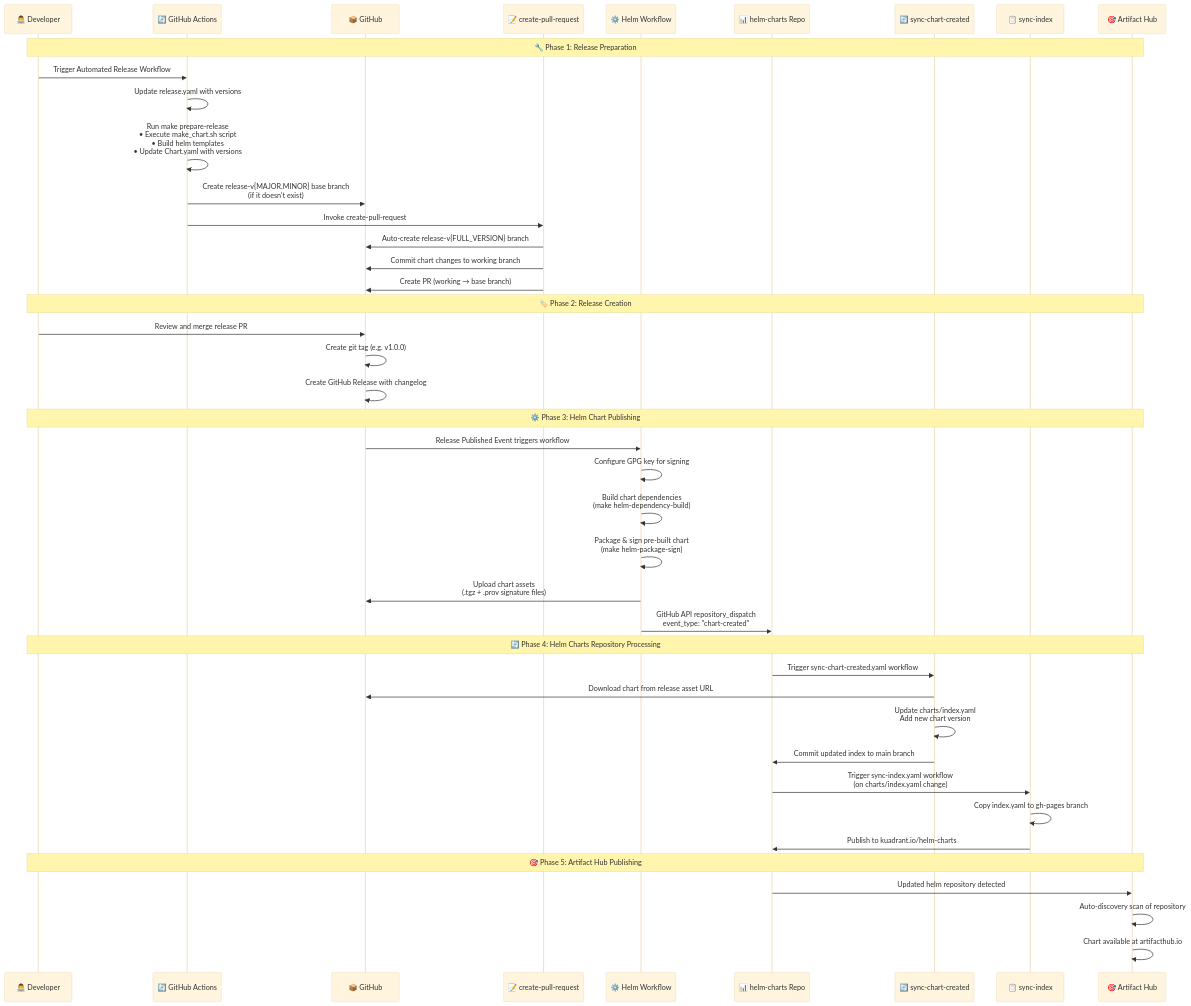
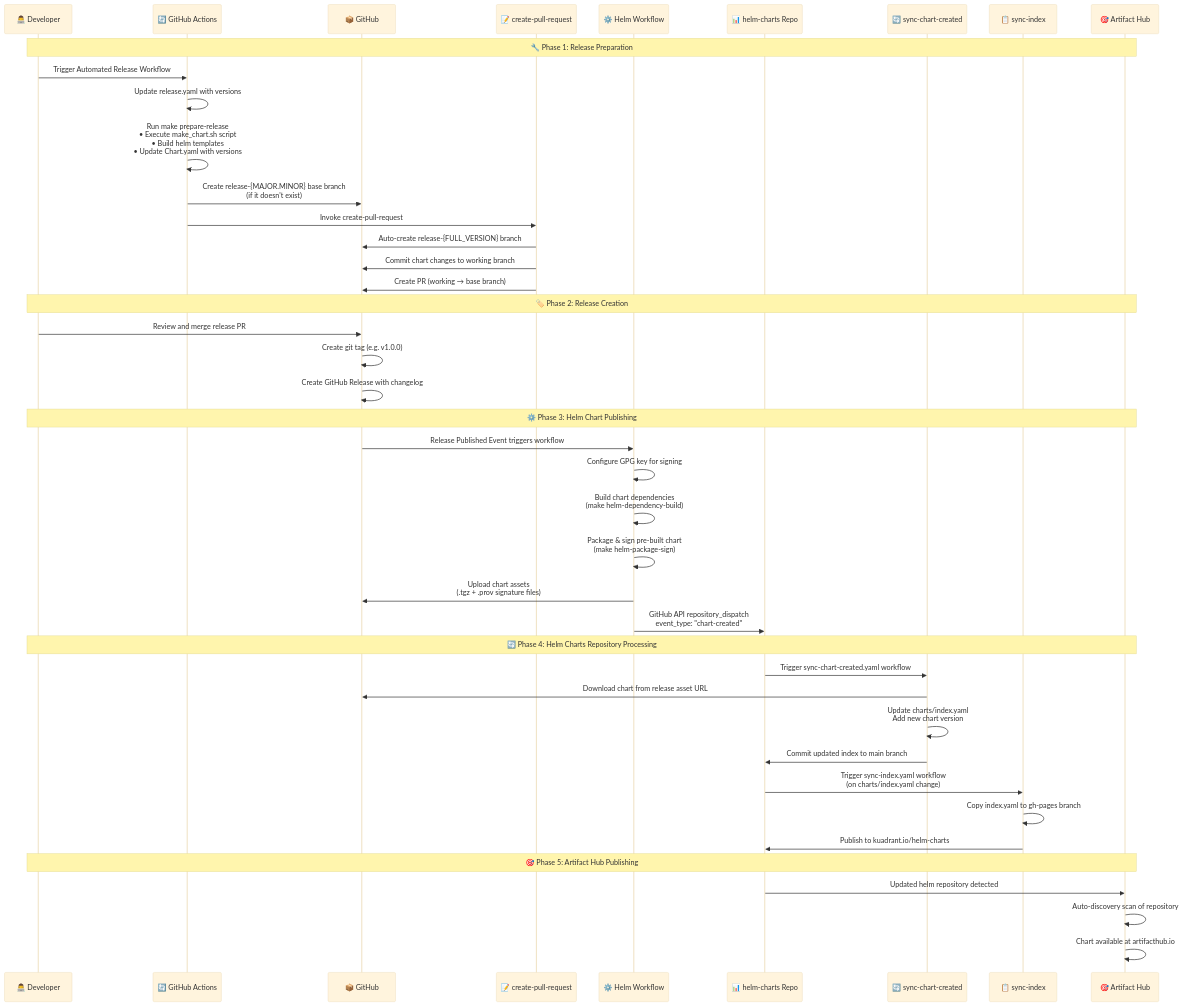
Before and after one commit to Kuadrant/kuadrant-operator: the second of 2 diagrams in doc/overviews/helm-charts-release-process.md, drawn with Mermaid (base theme). The commit also changed other lines of this file and 4 other files, not shown here.

First line of the commit message:
Adopt RFC 0018 release branch naming (release-X.Y)

````diff
--- a/doc/overviews/helm-charts-release-process.md
+++ b/doc/overviews/helm-charts-release-process.md
@@ -84,49 +84,49 @@
 ```mermaid
 sequenceDiagram
     participant Dev as 👨‍💻 Developer
     participant GHA as 🔄 GitHub Actions
     participant GitHub as 📦 GitHub
     participant CreatePR as 📝 create-pull-request
     participant HelmWF as ⚙️ Helm Workflow
     participant ChartRepo as 📊 helm-charts Repo
     participant SyncChart as 🔄 sync-chart-created
     participant SyncIndex as 📋 sync-index
     participant ArtifactHub as 🎯 Artifact Hub
 
     Note over Dev, ArtifactHub: 🔧 Phase 1: Release Preparation
     Dev->>GHA: Trigger Automated Release Workflow
     GHA->>GHA: Update release.yaml with versions
     GHA->>GHA: Run make prepare-release<br/>• Execute make_chart.sh script<br/>• Build helm templates<br/>• Update Chart.yaml with versions
-    GHA->>GitHub: Create release-v{MAJOR.MINOR} base branch<br/>(if it doesn't exist)
+    GHA->>GitHub: Create release-{MAJOR.MINOR} base branch<br/>(if it doesn't exist)
     GHA->>CreatePR: Invoke create-pull-request
-    CreatePR->>GitHub: Auto-create release-v{FULL_VERSION} branch
+    CreatePR->>GitHub: Auto-create release-{FULL_VERSION} branch
     CreatePR->>GitHub: Commit chart changes to working branch
     CreatePR->>GitHub: Create PR (working → base branch)
 
     Note over Dev, ArtifactHub: 🏷️ Phase 2: Release Creation
     Dev->>GitHub: Review and merge release PR
     GitHub->>GitHub: Create git tag (e.g. v1.0.0)
     GitHub->>GitHub: Create GitHub Release with changelog
 
     Note over Dev, ArtifactHub: ⚙️ Phase 3: Helm Chart Publishing
     GitHub->>HelmWF: Release Published Event triggers workflow
     HelmWF->>HelmWF: Configure GPG key for signing
     HelmWF->>HelmWF: Build chart dependencies<br/>(make helm-dependency-build)
     HelmWF->>HelmWF: Package & sign pre-built chart<br/>(make helm-package-sign)
     HelmWF->>GitHub: Upload chart assets<br/>(.tgz + .prov signature files)
     HelmWF->>ChartRepo: GitHub API repository_dispatch<br/>event_type: "chart-created"
 
     Note over Dev, ArtifactHub: 🔄 Phase 4: Helm Charts Repository Processing
     ChartRepo->>SyncChart: Trigger sync-chart-created.yaml workflow
     SyncChart->>GitHub: Download chart from release asset URL
     SyncChart->>SyncChart: Update charts/index.yaml<br/>Add new chart version
     SyncChart->>ChartRepo: Commit updated index to main branch
     ChartRepo->>SyncIndex: Trigger sync-index.yaml workflow<br/>(on charts/index.yaml change)
     SyncIndex->>SyncIndex: Copy index.yaml to gh-pages branch
     SyncIndex->>ChartRepo: Publish to kuadrant.io/helm-charts
 
     Note over Dev, ArtifactHub: 🎯 Phase 5: Artifact Hub Publishing
     ChartRepo->>ArtifactHub: Updated helm repository detected
     ArtifactHub->>ArtifactHub: Auto-discovery scan of repository
     ArtifactHub->>ArtifactHub: Chart available at artifacthub.io
 ```
````
